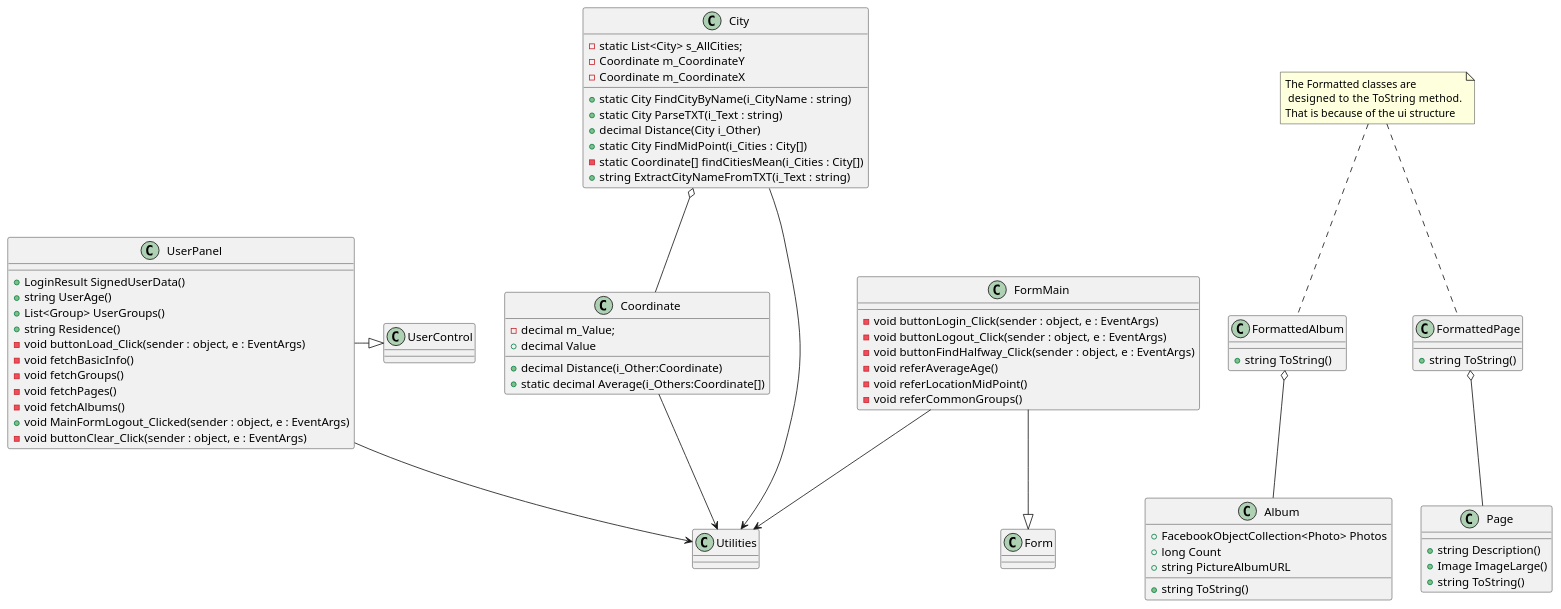
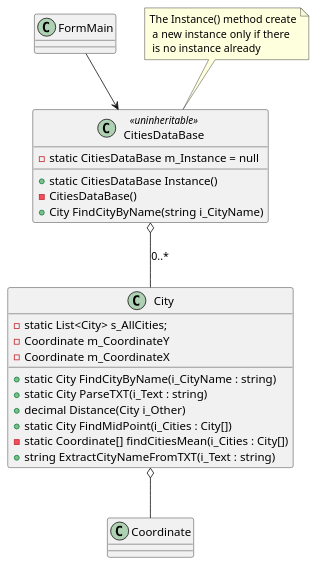
The diagram in assignment2 redesign-app/Documentation/singleton.puml (GilPasi/Design-Patterns-Course), drawn with PlantUML before and after one commit. The commit also changed 5 other files, not shown here.

```diff
--- a/assignment2 redesign-app/Documentation/singleton.puml
+++ b/assignment2 redesign-app/Documentation/singleton.puml
@@ -1,90 +1,35 @@
 @startuml
 class City
 {
     -static List<City> s_AllCities;
     -Coordinate m_CoordinateY
     -Coordinate m_CoordinateX
     
     +static City FindCityByName(i_CityName : string)
     +static City ParseTXT(i_Text : string)
     +decimal Distance(City i_Other)
     +static City FindMidPoint(i_Cities : City[])
     -static Coordinate[] findCitiesMean(i_Cities : City[])
     +string ExtractCityNameFromTXT(i_Text : string)
 }
-
-class Coordinate
-{
-    - decimal m_Value;
-    + decimal Value
-    + decimal Distance(i_Other:Coordinate)
-    + static decimal Average(i_Others:Coordinate[])
-}
-class FormattedAlbum
-{
-    +   string ToString()
-}
-class FormattedPage
-{
-    +   string ToString()
-}
 class FormMain{
-    - void buttonLogin_Click(sender : object, e : EventArgs)
-    - void buttonLogout_Click(sender : object, e : EventArgs)
-    - void buttonFindHalfway_Click(sender : object, e : EventArgs)
-    - void referAverageAge()
-    - void referLocationMidPoint()
-    - void referCommonGroups()
 }
 
-class UserPanel
+class CitiesDataBase <<uninheritable>>
 {
-    + LoginResult SignedUserData()
-    + string UserAge()
-    + List<Group> UserGroups()
-    + string Residence()
-    - void buttonLoad_Click(sender : object, e : EventArgs)
-    - void fetchBasicInfo()
-    - void fetchGroups()
-    - void fetchPages()
-    - void fetchAlbums()
-    + void MainFormLogout_Clicked(sender : object, e : EventArgs) 
-    - void buttonClear_Click(sender : object, e : EventArgs)
+    - static CitiesDataBase m_Instance = null
+    + static CitiesDataBase Instance()
+    -  CitiesDataBase()
+    + City FindCityByName(string i_CityName)
 }
-class Utilities{}
-class Form{}
-class UserControl{}
-class Album
-{
-    + FacebookObjectCollection<Photo> Photos
-    + long Count
-    + string PictureAlbumURL
-    +  string ToString()
-}
+note "The Instance() method create\n a new instance only if there\n is no instance already" as n1
+n1..CitiesDataBase
+City o-- Coordinate
+FormMain --> CitiesDataBase
+CitiesDataBase o-- City : 0..*
 
-class Page
-{
-    + string Description()
-    + Image ImageLarge()
-    +   string ToString()
-}
-
-note "The Formatted classes are\n designed to   the ToString method.\nThat is because of the ui structure" as N1
-N1..FormattedPage
-N1..FormattedAlbum
-
-FormMain --> Utilities
-UserPanel --> Utilities
-Coordinate --> Utilities
-City --> Utilities 
-City o-- Coordinate
-FormMain --|> Form
-UserPanel -|> UserControl
-
-FormattedAlbum o-- Album
-FormattedPage o-- Page
 
 
 
 
 @enduml
```
